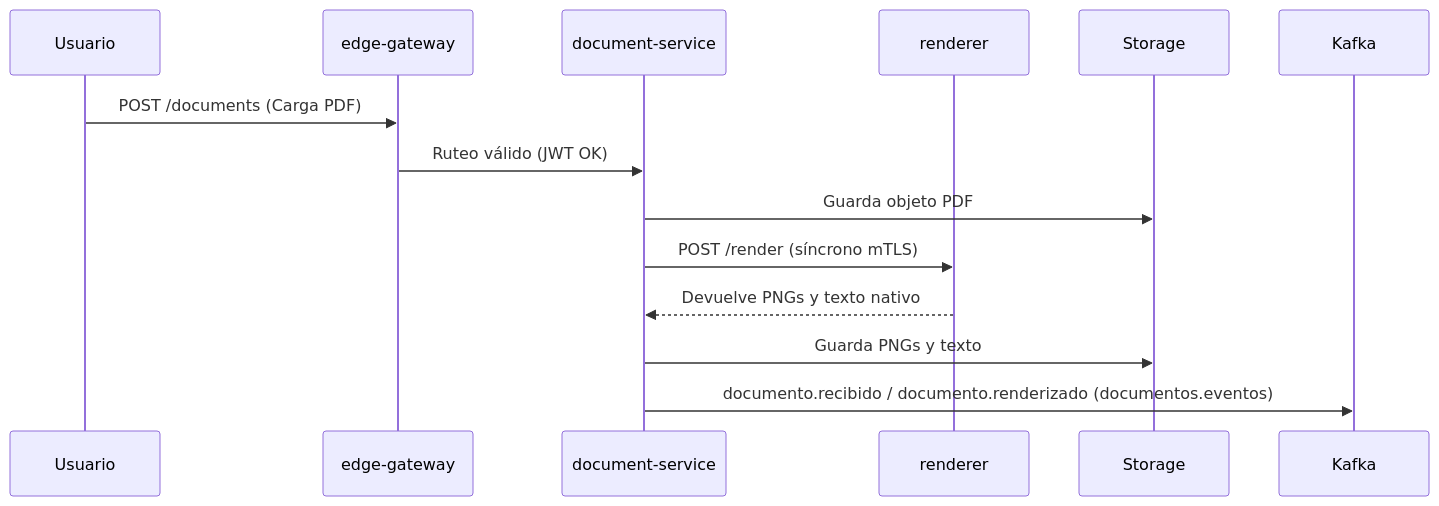
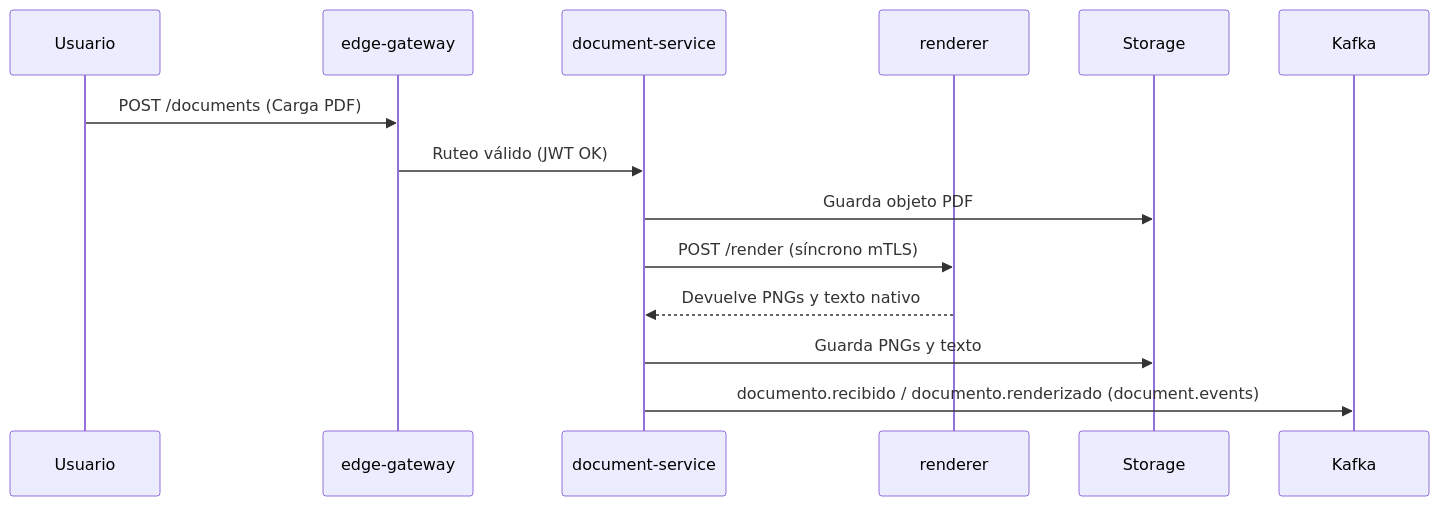
One commit to IngKevin95/IDP_ExtraccionDocumentos changed the second of 3 diagrams in docs/arquitectura.md. Above: the diagram before and after it, drawn with Mermaid. The commit also changed other lines of this file and 44 other files, not shown here.

````diff
--- a/docs/arquitectura.md
+++ b/docs/arquitectura.md
@@ -237,15 +237,15 @@
 ```mermaid
 sequenceDiagram
     participant Usuario as Usuario
     participant GW as edge-gateway
     participant DS as document-service
     participant RND as renderer
     
     Usuario->>GW: POST /documents (Carga PDF)
     GW->>DS: Ruteo válido (JWT OK)
     DS->>Storage: Guarda objeto PDF
     DS->>RND: POST /render (síncrono mTLS)
     RND-->>DS: Devuelve PNGs y texto nativo
     DS->>Storage: Guarda PNGs y texto
-    DS->>Kafka: documento.recibido / documento.renderizado (documentos.eventos)
+    DS->>Kafka: documento.recibido / documento.renderizado (document.events)
 ```
````
